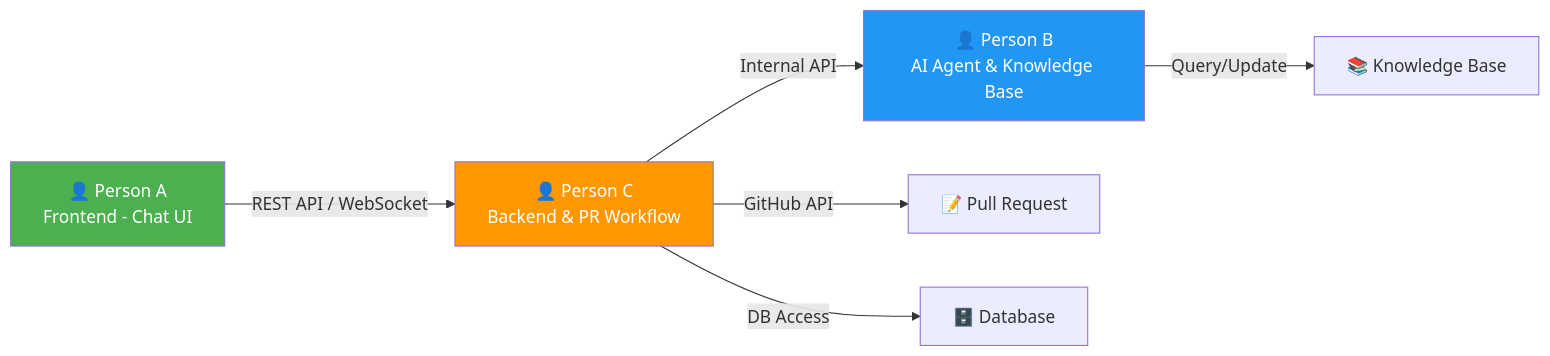
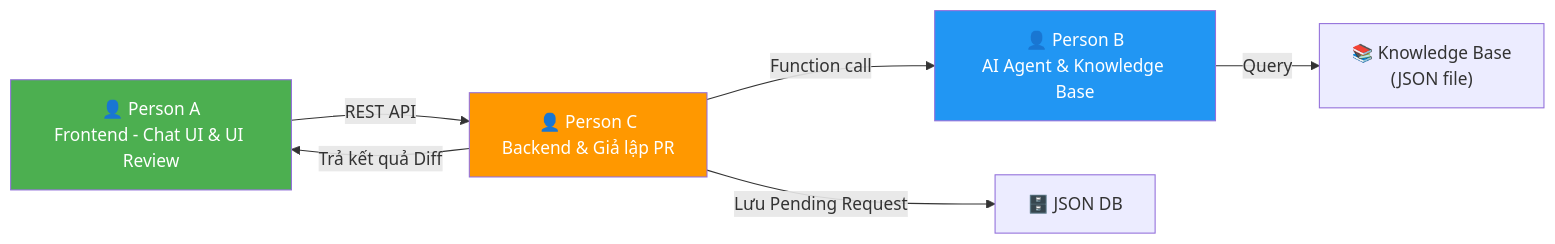
Before and after one commit to Falcon-Game-Studio/falcon-supporter: the first of 2 diagrams in docs/kanban-board.md, drawn with Mermaid. The commit also changed other lines of this file and 4 other files, not shown here.

````diff
--- a/docs/kanban-board.md
+++ b/docs/kanban-board.md
@@ -12,16 +16,16 @@
 ```mermaid
 graph LR
-    A["👤 Person A<br/>Frontend - Chat UI"] 
+    A["👤 Person A<br/>Frontend - Chat UI & UI Review"] 
     B["👤 Person B<br/>AI Agent & Knowledge Base"]
-    C["👤 Person C<br/>Backend & PR Workflow"]
+    C["👤 Person C<br/>Backend & Giả lập PR"]
 
-    A -- "REST API / WebSocket" --> C
-    C -- "Internal API" --> B
-    B -- "Query/Update" --> KB["📚 Knowledge Base"]
-    C -- "GitHub API" --> PR["📝 Pull Request"]
-    C -- "DB Access" --> DB["🗄️ Database"]
+    A -- "REST API" --> C
+    C -- "Function call" --> B
+    B -- "Query" --> KB["📚 Knowledge Base<br/>(JSON file)"]
+    C -- "Lưu Pending Request" --> DB["🗄️ JSON DB"]
+    C -- "Trả kết quả Diff" --> A
 
     style A fill:#4CAF50,color:#fff
     style B fill:#2196F3,color:#fff
     style C fill:#FF9800,color:#fff
 ```
````
